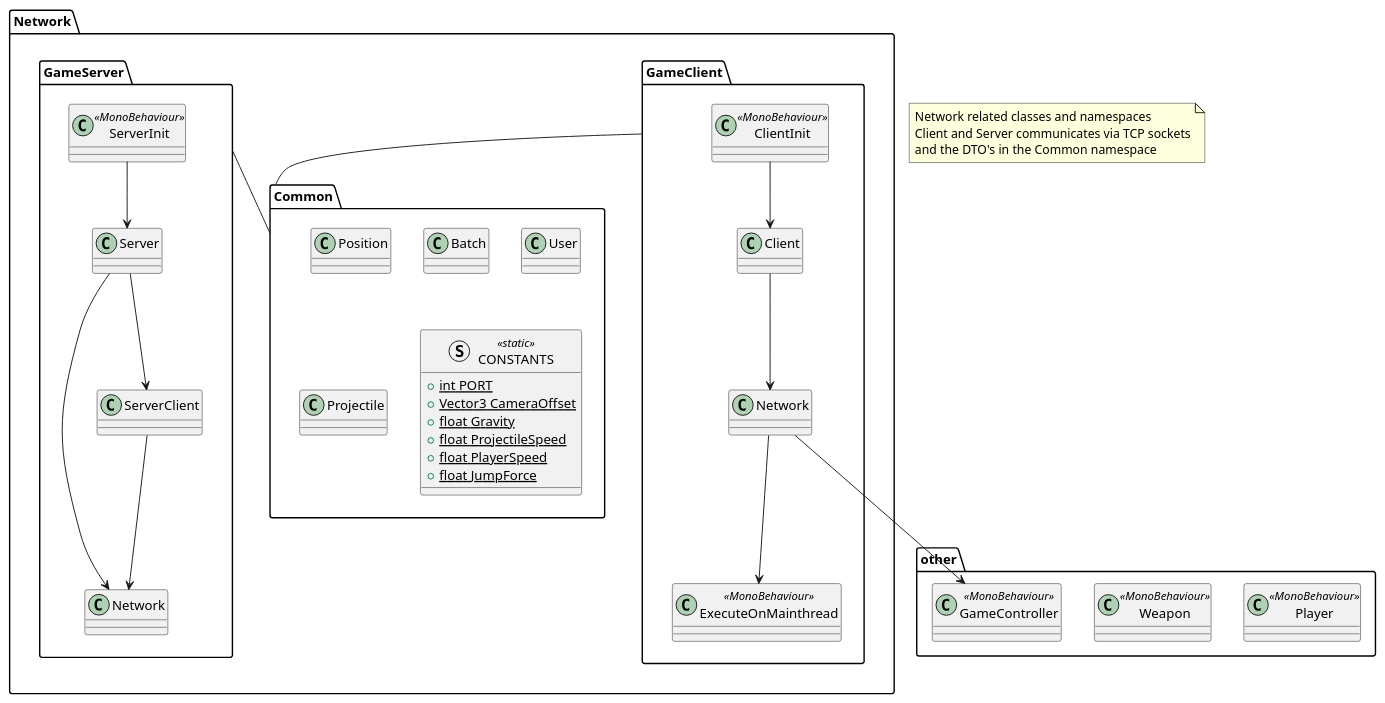
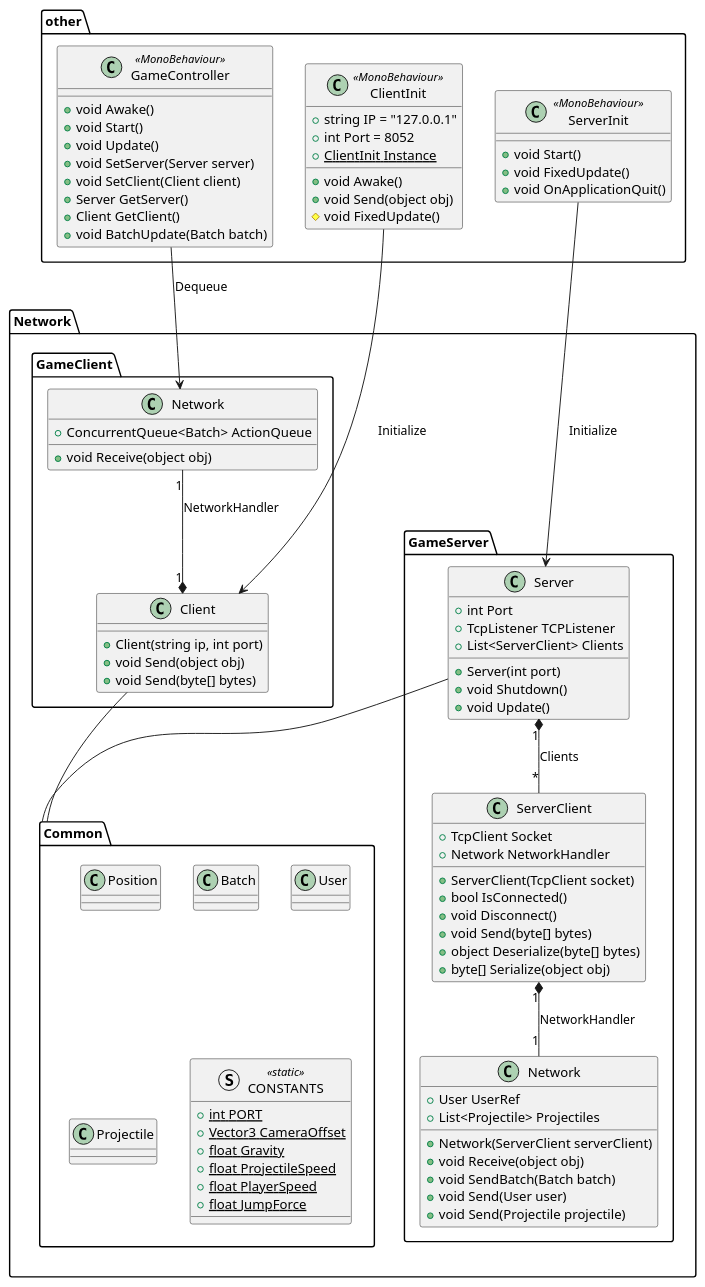
One commit to mjesper90/Network changed the diagram in Assets/Docs/Network.puml. Above: the diagram before and after it, drawn with PlantUML.

Commit message:
Network classes update

```diff
--- a/Assets/Docs/Network.puml
+++ b/Assets/Docs/Network.puml
@@ -1,60 +1,100 @@
 @startuml
 
 set separator ::
 
 namespace Network{
     namespace GameClient{
-        class ClientInit <<MonoBehaviour>> {}
-        class ExecuteOnMainthread <<MonoBehaviour>> {}
-        class Client {}
-        class Network {}
-        ClientInit --> Client
-        Client --> Network
-        Network --> ExecuteOnMainthread
+        class Client {
+            + Client(string ip, int port)
+            + void Send(object obj)
+            + void Send(byte[] bytes)
+        }
+        class Network {
+            + ConcurrentQueue<Batch> ActionQueue
+            + void Receive(object obj)
+        }
     }
     namespace GameServer{
-        class ServerInit <<MonoBehaviour>> {}
-        class Server{}
-        class Network{}
-        class ServerClient{}
-        ServerInit --> Server
-        Server --> ServerClient
-        Server --> Network
-        ServerClient --> Network
+        class Server{
+            + int Port
+            + TcpListener TCPListener
+            + List<ServerClient> Clients
+            + Server(int port)
+            + void Shutdown()
+            + void Update()
+        }
+        class ServerClient{
+            + TcpClient Socket
+            + Network NetworkHandler
+            + ServerClient(TcpClient socket)
+            + bool IsConnected()
+            + void Disconnect()
+            + void Send(byte[] bytes)
+            + object Deserialize(byte[] bytes)
+            + byte[] Serialize(object obj)
+        }
+        class Network{
+            + User UserRef
+            + List<Projectile> Projectiles
+            + Network(ServerClient serverClient)
+            + void Receive(object obj)
+            + void SendBatch(Batch batch)
+            + void Send(User user)
+            + void Send(Projectile projectile)
+        }
     }
     namespace Common{
         class Position{}
         class Batch{}
         class User{}
         class Projectile{}
         struct CONSTANTS <<static>> {
             + {static} int PORT
             + {static} Vector3 CameraOffset
             + {static} float Gravity
             + {static} float ProjectileSpeed
             + {static} float PlayerSpeed
             + {static} float JumpForce
         }
     }
 }
 
 
 namespace other{
-    class Player <<MonoBehaviour>> {}
-    class Weapon <<MonoBehaviour>> {}
-    class GameController <<MonoBehaviour>> {}
+    class GameController <<MonoBehaviour>>{
+        + void Awake()
+        + void Start()
+        + void Update()
+        + void SetServer(Server server)
+        + void SetClient(Client client)
+        + Server GetServer()
+        + Client GetClient()
+        + void BatchUpdate(Batch batch)
+    }
+    class ClientInit <<MonoBehaviour>>{
+        + string IP = "127.0.0.1"
+        + int Port = 8052
+        + {static} ClientInit Instance
+        + void Awake()
+        + void Send(object obj)
+        # void FixedUpdate()
+    }
+    class ServerInit <<MonoBehaviour>>{
+        + void Start()
+        + void FixedUpdate()
+        + void OnApplicationQuit()
+    }
 }
 
-Network::GameServer -- Network::Common
-Network::GameClient -- Network::Common
-Network::GameClient::Network --> other::GameController
+Network::Common -up- Network::GameClient::Client
+Network::Common -up- Network::GameServer::Server
+Network::GameServer::Server "1" *-- "*" Network::GameServer::ServerClient : Clients
+Network::GameServer::ServerClient "1" *-- "1" Network::GameServer::Network : NetworkHandler
+Network::GameClient::Client "1" *-up- "1" Network::GameClient::Network : NetworkHandler
 
-note as N1
-Network related classes and namespaces
-Client and Server communicates via TCP sockets
-and the DTO's in the Common namespace
-end note
-
+other::GameController --> Network::GameClient::Network : Dequeue
+other::ClientInit --> Network::GameClient::Client : Initialize
+other::ServerInit --> Network::GameServer::Server : Initialize
 
 
 @enduml
```
